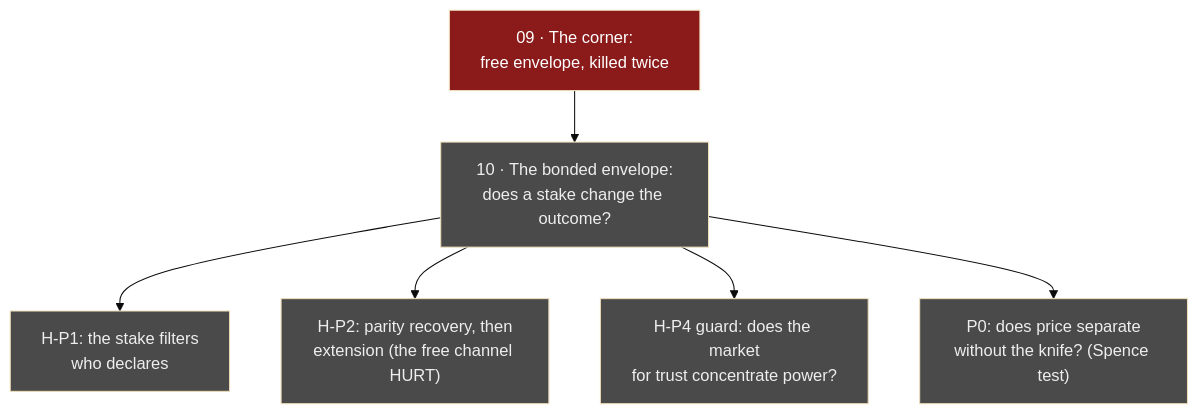
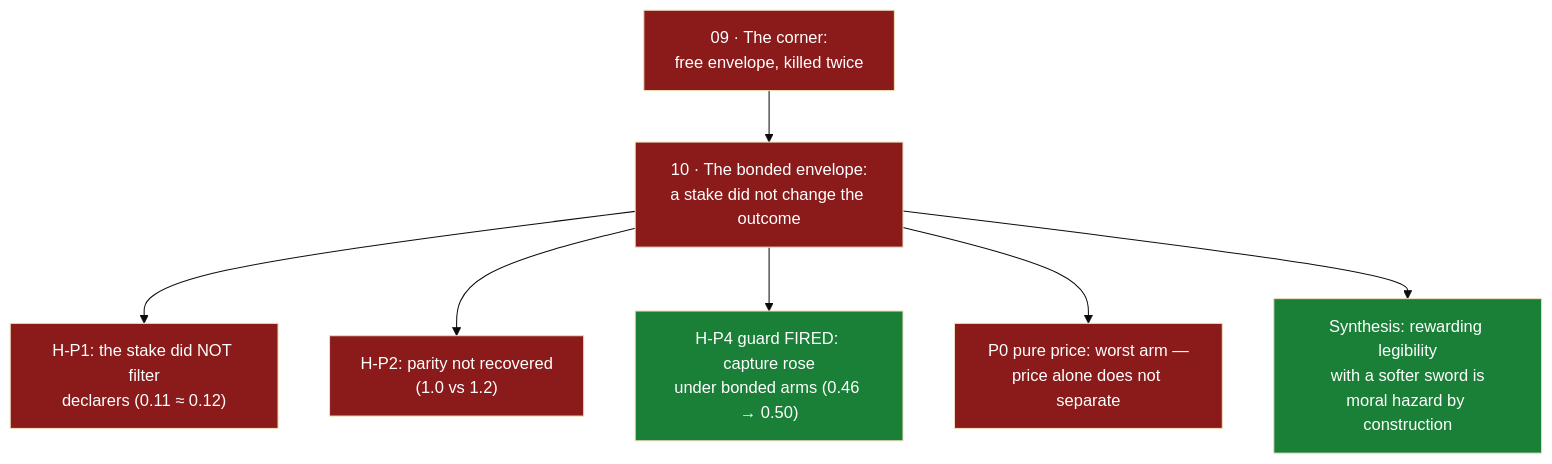
One commit to Kirill-Kruglov/ascesis changed the diagram in ontology/lines/10-the-bonded-envelope.md. Above: the diagram before and after it, drawn with Mermaid (base theme). The commit also changed other lines of this file and 1 other file, not shown here.

````diff
--- a/ontology/lines/10-the-bonded-envelope.md
+++ b/ontology/lines/10-the-bonded-envelope.md
@@ -13,12 +15,14 @@
 ```mermaid
 flowchart TD
     classDef falsified fill:#8b1a1a,color:#fff
     classDef open fill:#4a4a4a,color:#eee
 
     X09["09 · The corner:<br/>free envelope, killed twice"]:::falsified --> B
-    B["10 · The bonded envelope:<br/>does a stake change the outcome?"]:::open
-    B --> H1["H-P1: the stake filters<br/>who declares"]:::open
-    B --> H2["H-P2: parity recovery, then<br/>extension (the free channel HURT)"]:::open
-    B --> H4["H-P4 guard: does the market<br/>for trust concentrate power?"]:::open
-    B --> P0["P0: does price separate<br/>without the knife? (Spence test)"]:::open
+    classDef verified fill:#1a7f37,color:#fff
+    B["10 · The bonded envelope:<br/>a stake did not change the outcome"]:::falsified
+    B --> H1["H-P1: the stake did NOT filter<br/>declarers (0.11 ≈ 0.12)"]:::falsified
+    B --> H2["H-P2: parity not recovered<br/>(1.0 vs 1.2)"]:::falsified
+    B --> H4["H-P4 guard FIRED: capture rose<br/>under bonded arms (0.46 → 0.50)"]:::verified
+    B --> P0["P0 pure price: worst arm —<br/>price alone does not separate"]:::falsified
+    B --> M["Synthesis: rewarding legibility<br/>with a softer sword is<br/>moral hazard by construction"]:::verified
 ```
````
